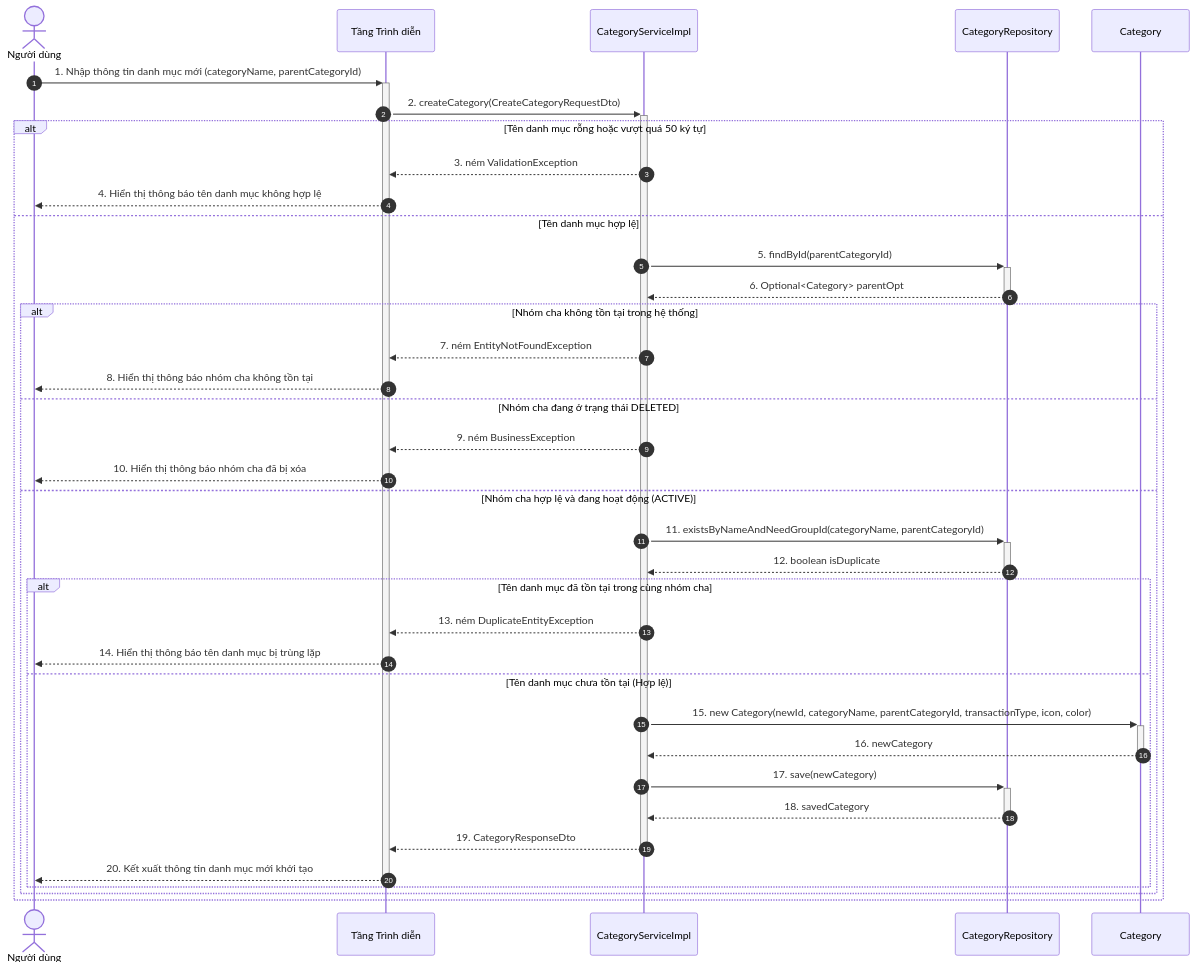
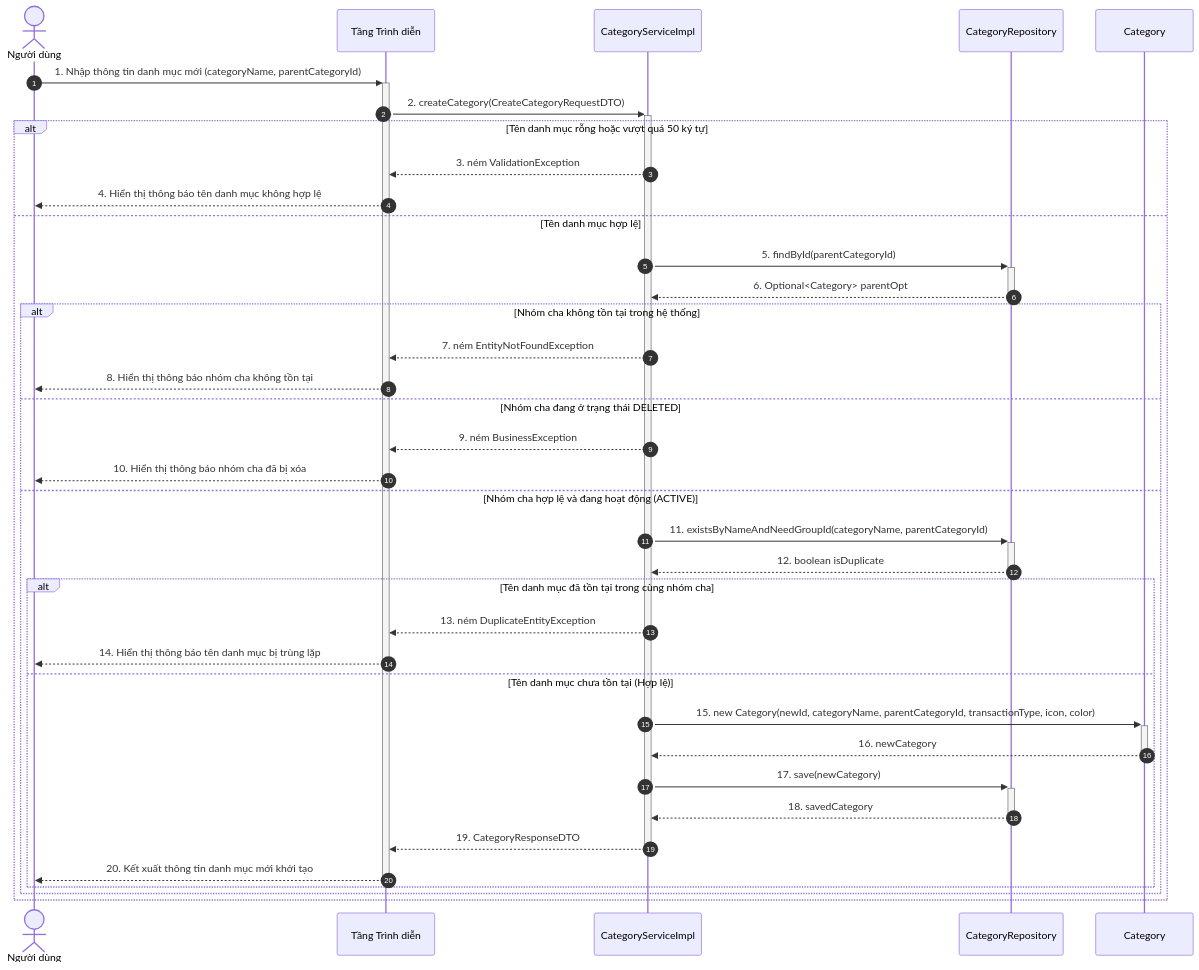
Before and after one commit to mynhleeh/pfms-oop: diagram 13 of 21 in docs/object-oriented-design/05-so-do-tuong-tac-thiet-ke-sequence-diagram.md, drawn with Mermaid. The commit also changed other lines of this file and 3 other files, not shown here.

Commit message:
docs(ood): harmonize service contracts, sequence diagrams, and DTO specifications

````diff
--- a/docs/object-oriented-design/05-so-do-tuong-tac-thiet-ke-sequence-diagram.md
+++ b/docs/object-oriented-design/05-so-do-tuong-tac-thiet-ke-sequence-diagram.md
@@ -692,40 +692,40 @@
 ```mermaid
 sequenceDiagram
     autonumber
     actor User as Người dùng
     participant GUI as Tầng Trình diễn
     participant CategoryService as CategoryServiceImpl
     participant CategoryRepo as CategoryRepository
     participant Category as Category
 
     User->>+GUI: 1. Nhập thông tin danh mục mới (categoryName, parentCategoryId)
-    GUI->>+CategoryService: 2. createCategory(CreateCategoryRequestDto)
+    GUI->>+CategoryService: 2. createCategory(CreateCategoryRequestDTO)
     alt Tên danh mục rỗng hoặc vượt quá 50 ký tự
         CategoryService-->>GUI: 3. ném ValidationException
         GUI-->>User: 4. Hiển thị thông báo tên danh mục không hợp lệ
     else Tên danh mục hợp lệ
         CategoryService->>+CategoryRepo: 5. findById(parentCategoryId)
         CategoryRepo-->>-CategoryService: 6. Optional<Category> parentOpt
         alt Nhóm cha không tồn tại trong hệ thống
             CategoryService-->>GUI: 7. ném EntityNotFoundException
             GUI-->>User: 8. Hiển thị thông báo nhóm cha không tồn tại
         else Nhóm cha đang ở trạng thái DELETED
             CategoryService-->>GUI: 9. ném BusinessException
             GUI-->>User: 10. Hiển thị thông báo nhóm cha đã bị xóa
         else Nhóm cha hợp lệ và đang hoạt động (ACTIVE)
             CategoryService->>+CategoryRepo: 11. existsByNameAndNeedGroupId(categoryName, parentCategoryId)
             CategoryRepo-->>-CategoryService: 12. boolean isDuplicate
             alt Tên danh mục đã tồn tại trong cùng nhóm cha
                 CategoryService-->>GUI: 13. ném DuplicateEntityException
                 GUI-->>User: 14. Hiển thị thông báo tên danh mục bị trùng lặp
             else Tên danh mục chưa tồn tại (Hợp lệ)
                 CategoryService->>+Category: 15. new Category(newId, categoryName, parentCategoryId, transactionType, icon, color)
                 Category-->>-CategoryService: 16. newCategory
                 CategoryService->>+CategoryRepo: 17. save(newCategory)
                 CategoryRepo-->>-CategoryService: 18. savedCategory
-                CategoryService-->>-GUI: 19. CategoryResponseDto
+                CategoryService-->>-GUI: 19. CategoryResponseDTO
                 GUI-->>-User: 20. Kết xuất thông tin danh mục mới khởi tạo
             end
         end
     end
 ```
````
